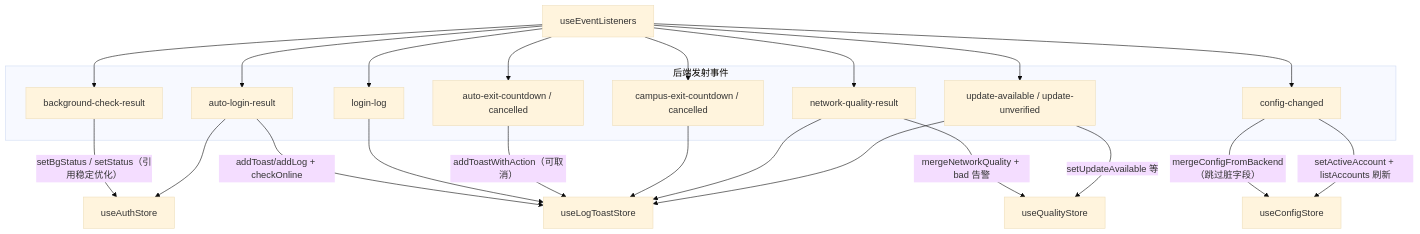
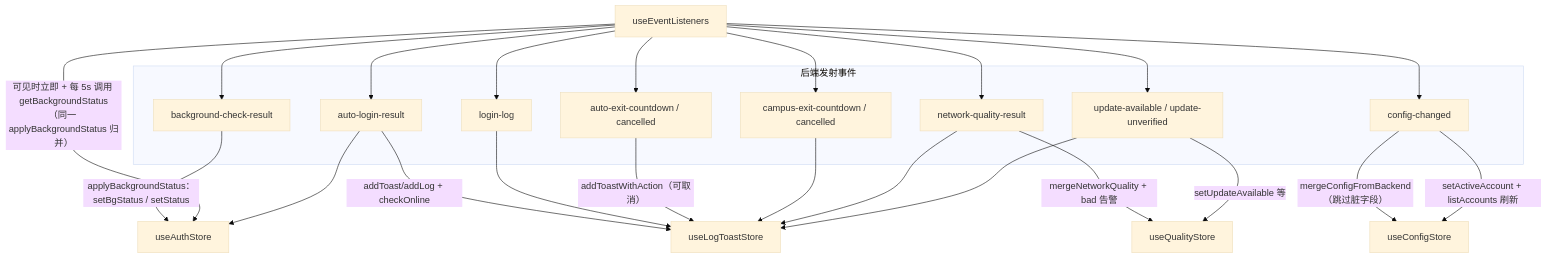
One commit to ikliml666/Wxxy-CampusLogin changed the fifth of 7 diagrams in .codewiki/modules/android-frontend-hooks-startup-orchestration.md. Above: the diagram before and after it, drawn with Mermaid (base theme). The commit also changed other lines of this file and 20 other files, not shown here.

````diff
--- a/.codewiki/modules/android-frontend-hooks-startup-orchestration.md
+++ b/.codewiki/modules/android-frontend-hooks-startup-orchestration.md
@@ -229,36 +229,37 @@
 ```mermaid
 flowchart TD
     subgraph Events["后端发射事件"]
         E1["background-check-result"]
         E2["auto-login-result"]
         E3["login-log"]
         E4["auto-exit-countdown / cancelled"]
         E5["campus-exit-countdown / cancelled"]
         E6["network-quality-result"]
         E7["update-available / update-unverified"]
         E8["config-changed"]
     end
 
     EH["useEventListeners"]
     EH --> E1
     EH --> E2
     EH --> E3
     EH --> E4
     EH --> E5
     EH --> E6
     EH --> E7
     EH --> E8
 
-    E1 -->|"setBgStatus / setStatus（引用稳定优化）"| AS["useAuthStore"]
+    E1 -->|"applyBackgroundStatus：setBgStatus / setStatus"| AS["useAuthStore"]
+    EH -->|"可见时立即 + 每 5s 调用 getBackgroundStatus<br/>（同一 applyBackgroundStatus 归并）"| AS
     E2 -->|"addToast/addLog + checkOnline"| LTS["useLogToastStore"]
     E2 --> AS
     E3 --> LTS
     E4 -->|"addToastWithAction（可取消）"| LTS
     E5 --> LTS
     E6 -->|"mergeNetworkQuality + bad 告警"| QS["useQualityStore"]
     E6 --> LTS
     E7 -->|"setUpdateAvailable 等"| QS
     E7 --> LTS
     E8 -->|"mergeConfigFromBackend（跳过脏字段）"| CS["useConfigStore"]
     E8 -->|"setActiveAccount + listAccounts 刷新"| CS
 ```
````
